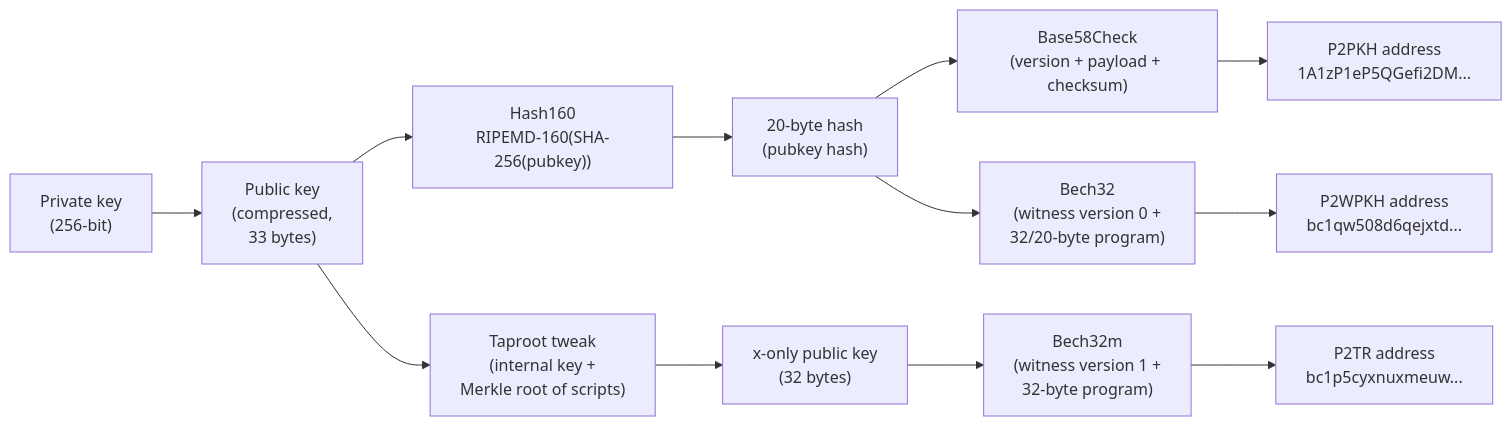
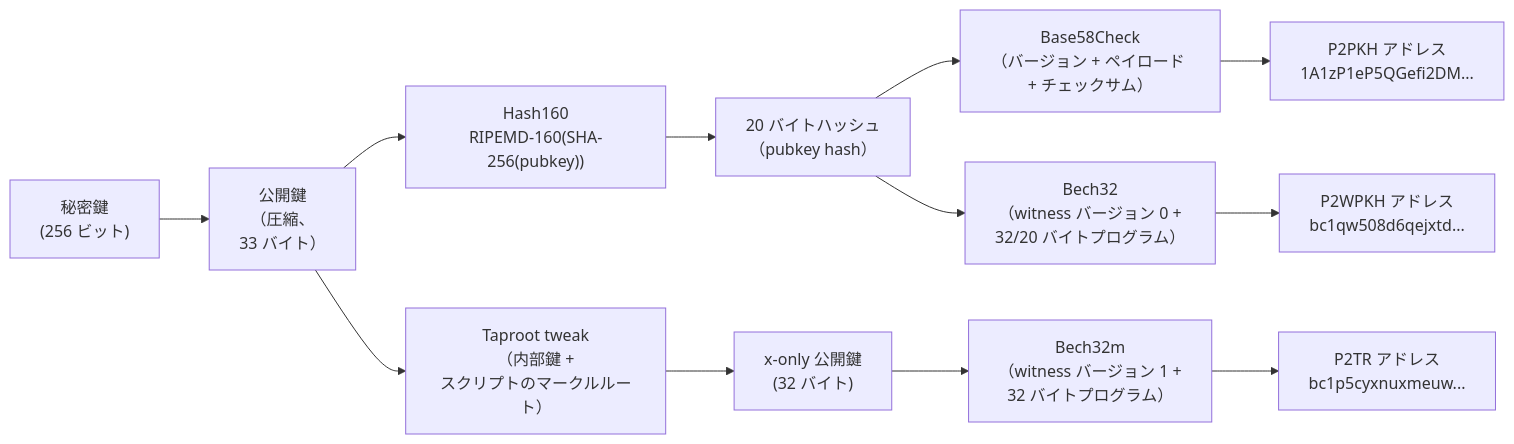
Before and after one commit to cypher256/BitcoinArchive: the fourth of 5 diagrams in src/data/translations/ja/design/2009-01-03-bitcoin-cryptography-design.md, drawn with Mermaid. The commit also changed other lines of this file and 11 other files, not shown here.

````diff
--- a/src/data/translations/ja/design/2009-01-03-bitcoin-cryptography-design.md
+++ b/src/data/translations/ja/design/2009-01-03-bitcoin-cryptography-design.md
@@ -161,17 +161,17 @@
 ```mermaid
 flowchart LR
-    SK["Private key\n(256-bit)"] --> PK["Public key\n(compressed,\n33 bytes)"]
+    SK["秘密鍵\n(256 ビット)"] --> PK["公開鍵\n（圧縮、\n33 バイト）"]
     PK --> HASH["Hash160\nRIPEMD-160(SHA-256(pubkey))"]
-    HASH --> PAYLOAD["20-byte hash\n(pubkey hash)"]
+    HASH --> PAYLOAD["20 バイトハッシュ\n（pubkey hash）"]
 
-    PAYLOAD --> B58["Base58Check\n(version + payload + checksum)"]
-    B58 --> P2PKH["P2PKH address\n1A1zP1eP5QGefi2DM..."]
+    PAYLOAD --> B58["Base58Check\n（バージョン + ペイロード + チェックサム）"]
+    B58 --> P2PKH["P2PKH アドレス\n1A1zP1eP5QGefi2DM..."]
 
-    PAYLOAD --> BECH32["Bech32\n(witness version 0 +\n32/20-byte program)"]
-    BECH32 --> P2WPKH["P2WPKH address\nbc1qw508d6qejxtd..."]
+    PAYLOAD --> BECH32["Bech32\n（witness バージョン 0 +\n32/20 バイトプログラム）"]
+    BECH32 --> P2WPKH["P2WPKH アドレス\nbc1qw508d6qejxtd..."]
 
-    PK --> TWEAK["Taproot tweak\n(internal key +\nMerkle root of scripts)"]
-    TWEAK --> XONLY["x-only public key\n(32 bytes)"]
-    XONLY --> BECH32M["Bech32m\n(witness version 1 +\n32-byte program)"]
-    BECH32M --> P2TR["P2TR address\nbc1p5cyxnuxmeuw..."]
+    PK --> TWEAK["Taproot tweak\n（内部鍵 +\nスクリプトのマークルルート）"]
+    TWEAK --> XONLY["x-only 公開鍵\n(32 バイト)"]
+    XONLY --> BECH32M["Bech32m\n（witness バージョン 1 +\n32 バイトプログラム）"]
+    BECH32M --> P2TR["P2TR アドレス\nbc1p5cyxnuxmeuw..."]
 ```
````
